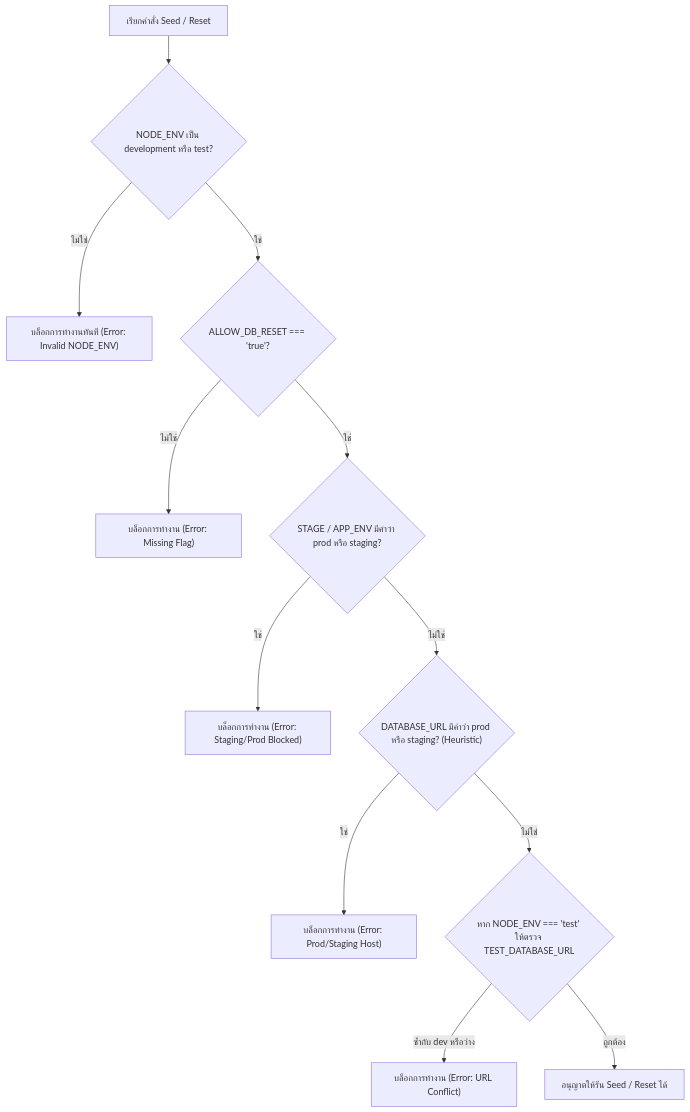
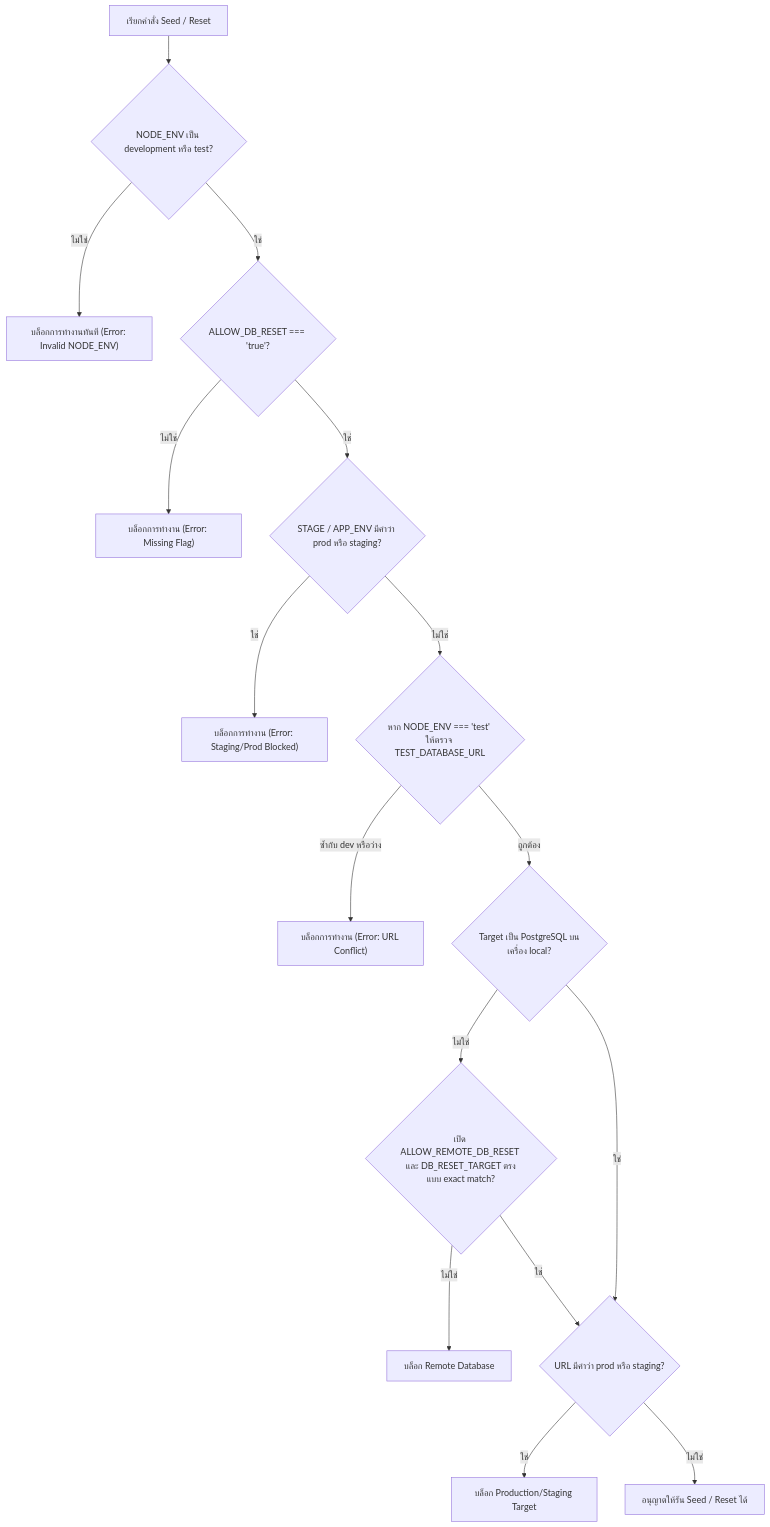
One commit to zero-h0ur/CS361_G03_Cooperative-Education-Planning-Management-System- changed the diagram in docs/data/v3-fixtures.md. Above: the diagram before and after it, drawn with Mermaid. The commit also changed other lines of this file and 3 other files, not shown here.

Commit message:
fix(db): harden remote database reset guards

````diff
--- a/docs/data/v3-fixtures.md
+++ b/docs/data/v3-fixtures.md
@@ -123,14 +123,18 @@
 ```mermaid
 flowchart TD
     Start["เรียกคำสั่ง Seed / Reset"] --> CheckEnv{"NODE_ENV เป็น development หรือ test?"}
     CheckEnv -- ไม่ใช่ --> Block1["บล็อกการทำงานทันที (Error: Invalid NODE_ENV)"]
     CheckEnv -- ใช่ --> CheckFlag{"ALLOW_DB_RESET === 'true'?"}
     CheckFlag -- ไม่ใช่ --> Block2["บล็อกการทำงาน (Error: Missing Flag)"]
     CheckFlag -- ใช่ --> CheckStage{"STAGE / APP_ENV มีคำว่า prod หรือ staging?"}
     CheckStage -- ใช่ --> Block3["บล็อกการทำงาน (Error: Staging/Prod Blocked)"]
-    CheckStage -- ไม่ใช่ --> CheckURL{"DATABASE_URL มีคำว่า prod หรือ staging? (Heuristic)"}
-    CheckURL -- ใช่ --> Block4["บล็อกการทำงาน (Error: Prod/Staging Host)"]
-    CheckURL -- ไม่ใช่ --> CheckTestIsolation{"หาก NODE_ENV === 'test' ให้ตรวจ TEST_DATABASE_URL"}
+    CheckStage -- ไม่ใช่ --> CheckTestIsolation{"หาก NODE_ENV === 'test' ให้ตรวจ TEST_DATABASE_URL"}
     CheckTestIsolation -- ซ้ำกับ dev หรือว่าง --> Block5["บล็อกการทำงาน (Error: URL Conflict)"]
-    CheckTestIsolation -- ถูกต้อง --> Execute["อนุญาตให้รัน Seed / Reset ได้"]
+    CheckTestIsolation -- ถูกต้อง --> CheckTarget{"Target เป็น PostgreSQL บนเครื่อง local?"}
+    CheckTarget -- ไม่ใช่ --> CheckRemote{"เปิด ALLOW_REMOTE_DB_RESET และ DB_RESET_TARGET ตรงแบบ exact match?"}
+    CheckRemote -- ไม่ใช่ --> Block4["บล็อก Remote Database"]
+    CheckRemote -- ใช่ --> CheckURL{"URL มีคำว่า prod หรือ staging?"}
+    CheckTarget -- ใช่ --> CheckURL
+    CheckURL -- ใช่ --> Block6["บล็อก Production/Staging Target"]
+    CheckURL -- ไม่ใช่ --> Execute["อนุญาตให้รัน Seed / Reset ได้"]
 ```
````
